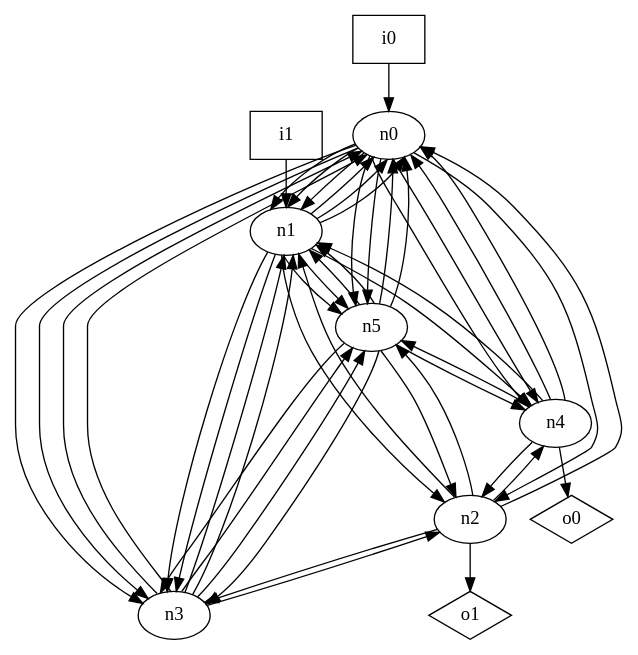
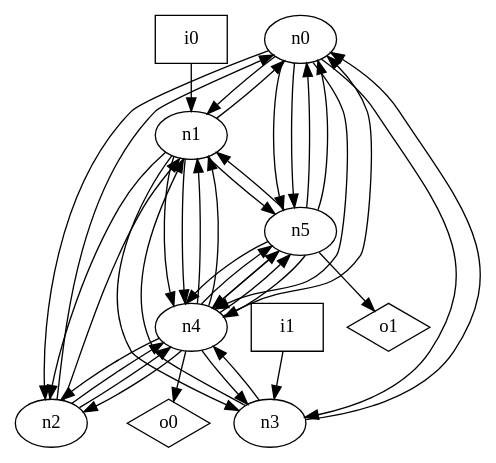
Before and after one commit to p9romain/bool-circuits: the diagram in dot_files/random_graph/undirected_loop_free_graph.dot, drawn with Graphviz. The commit also changed 73 other files, not shown here.

```diff
--- a/dot_files/random_graph/undirected_loop_free_graph.dot
+++ b/dot_files/random_graph/undirected_loop_free_graph.dot
@@ -1,60 +1,50 @@
 digraph G {
 n0 [label="n0"];
 n1 [label="n1"];
 n2 [label="n2"];
 n3 [label="n3"];
 n4 [label="n4"];
 n5 [label="n5"];
 n6 [label="i0",shape="box"];
 n7 [label="i1",shape="box"];
 n8 [label="o0",shape="diamond"];
 n9 [label="o1",shape="diamond"];
 n0 -> n1
-n0 -> n1
-n0 -> n1
 n0 -> n2
 n0 -> n3
-n0 -> n3
-n0 -> n4
 n0 -> n4
 n0 -> n5
 n0 -> n5
 n1 -> n0
-n1 -> n0
-n1 -> n0
 n1 -> n2
 n1 -> n3
-n1 -> n3
 n1 -> n4
-n1 -> n5
+n1 -> n4
 n1 -> n5
 n2 -> n0
 n2 -> n1
-n2 -> n3
 n2 -> n4
-n2 -> n5
-n2 -> n9
-n3 -> n0
+n2 -> n4
 n3 -> n0
 n3 -> n1
-n3 -> n1
-n3 -> n2
-n3 -> n5
-n3 -> n5
-n4 -> n0
+n3 -> n4
 n4 -> n0
 n4 -> n1
+n4 -> n1
 n4 -> n2
+n4 -> n2
+n4 -> n3
+n4 -> n5
+n4 -> n5
 n4 -> n5
 n4 -> n8
 n5 -> n0
 n5 -> n0
 n5 -> n1
-n5 -> n1
-n5 -> n2
-n5 -> n3
-n5 -> n3
 n5 -> n4
-n6 -> n0
-n7 -> n1
+n5 -> n4
+n5 -> n4
+n5 -> n9
+n6 -> n1
+n7 -> n3
 }
```
